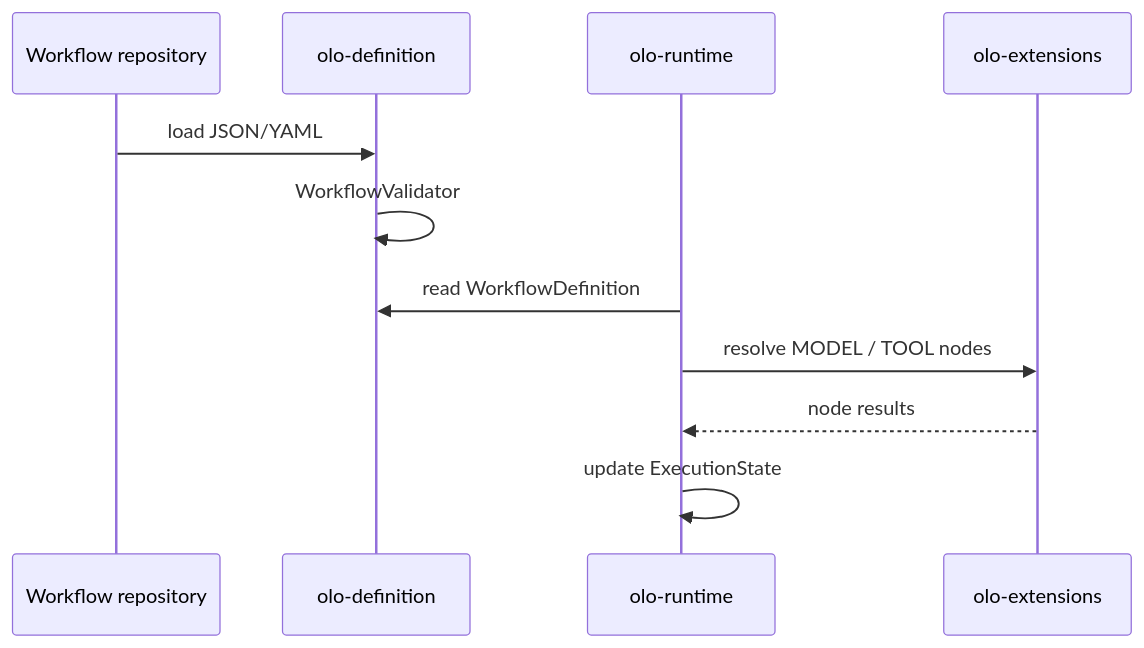
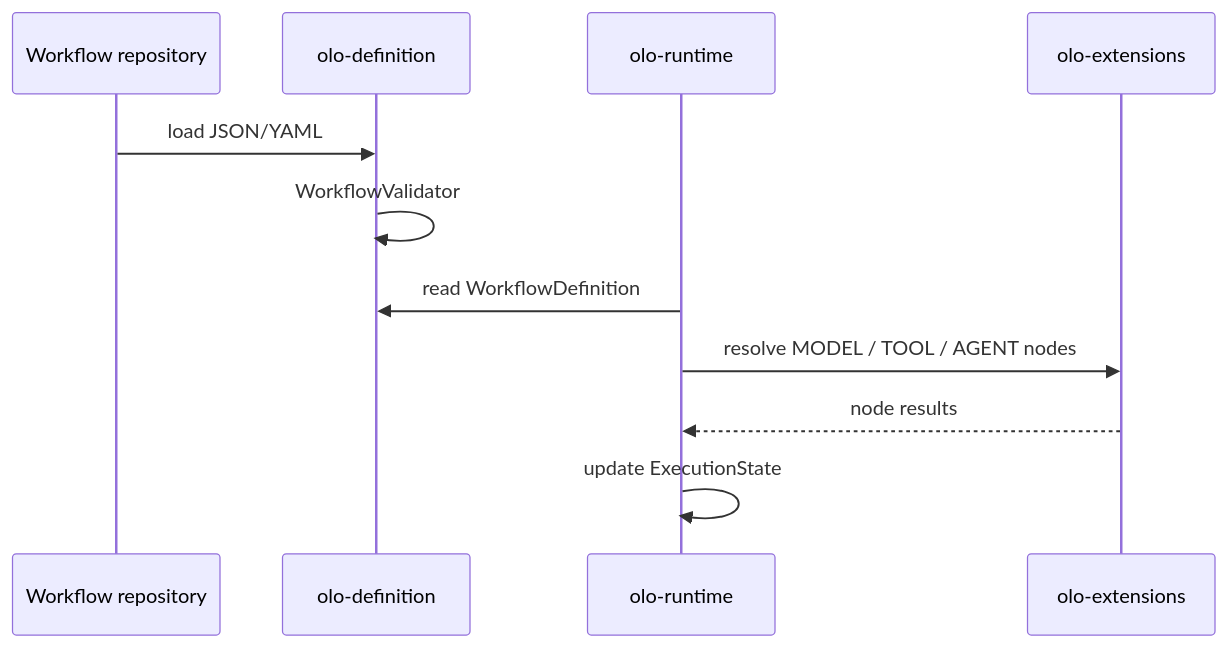
One commit to olo-labs/olo-mono changed the second of 2 diagrams in olo-definition/doc/ARCHITECTURE.md. Above: the diagram before and after it, drawn with Mermaid. The commit also changed other lines of this file and 63 other files, not shown here.

````diff
--- a/olo-definition/doc/ARCHITECTURE.md
+++ b/olo-definition/doc/ARCHITECTURE.md
@@ -277,14 +1036,14 @@
 ```mermaid
 sequenceDiagram
     participant Repo as Workflow repository
     participant Def as olo-definition
     participant RT as olo-runtime
     participant Ext as olo-extensions
 
     Repo->>Def: load JSON/YAML
     Def->>Def: WorkflowValidator
     RT->>Def: read WorkflowDefinition
-    RT->>Ext: resolve MODEL / TOOL nodes
+    RT->>Ext: resolve MODEL / TOOL / AGENT nodes
     Ext-->>RT: node results
     RT->>RT: update ExecutionState
 ```
````
